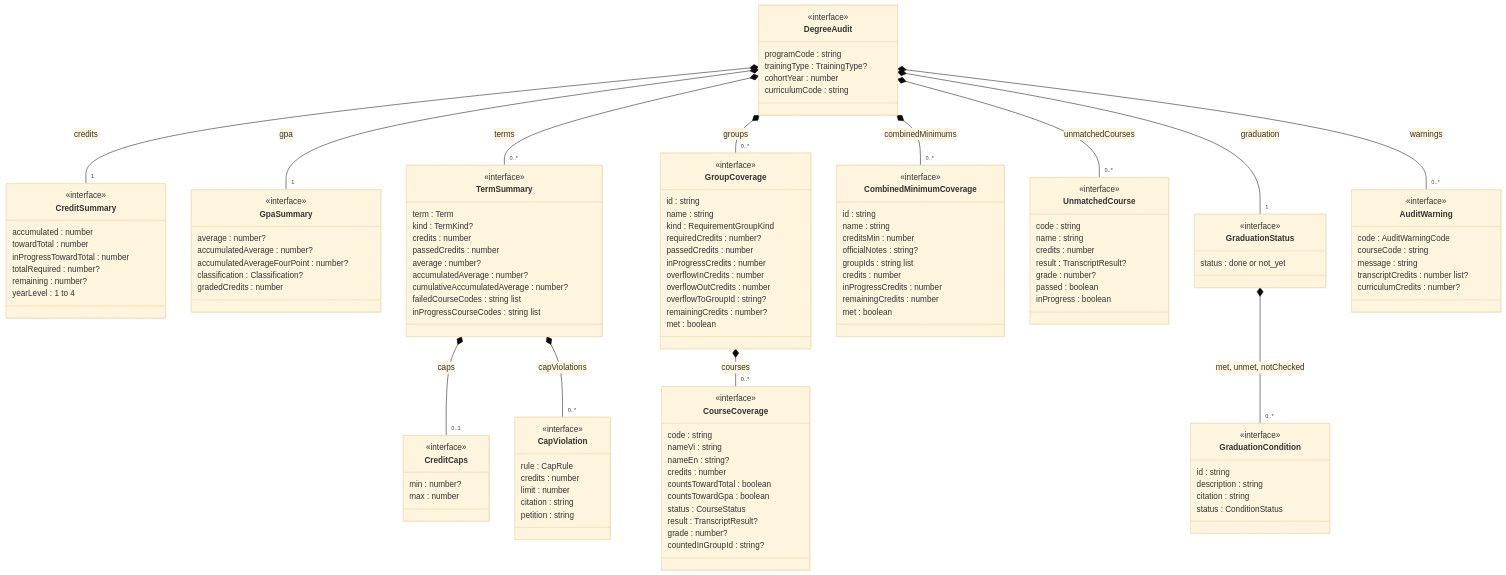
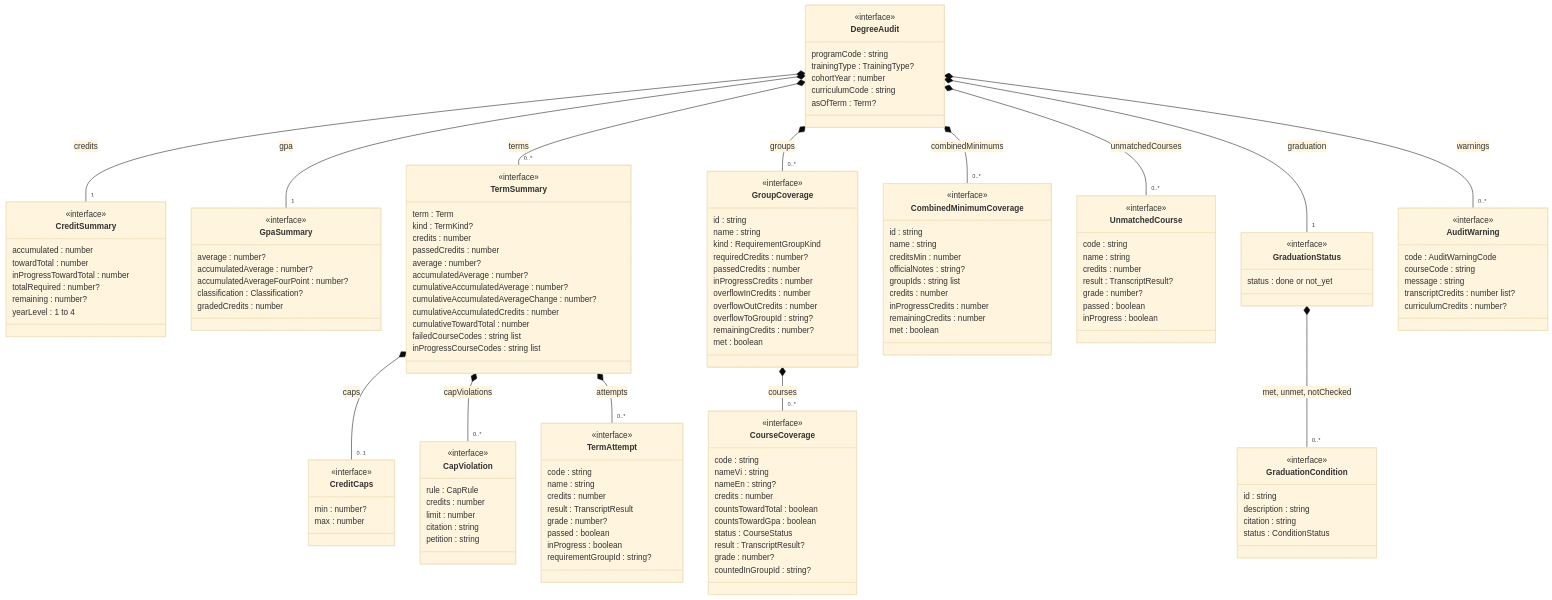
Before and after one commit to LLaammTTeerr/omnicourses: the ninth of 17 diagrams in docs/analysis-and-design/class-model.md, drawn with Mermaid (base theme). The commit also changed other lines of this file and 16 other files, not shown here.

````diff
--- a/docs/analysis-and-design/class-model.md
+++ b/docs/analysis-and-design/class-model.md
@@ -548,6 +548,7 @@
         trainingType : TrainingType?
         cohortYear : number
         curriculumCode : string
+        asOfTerm : Term?
     }
     class CreditSummary {
         <<interface>>
@@ -575,8 +576,22 @@
         average : number?
         accumulatedAverage : number?
         cumulativeAccumulatedAverage : number?
+        cumulativeAccumulatedAverageChange : number?
+        cumulativeAccumulatedCredits : number
+        cumulativeTowardTotal : number
         failedCourseCodes : string list
         inProgressCourseCodes : string list
+    }
+    class TermAttempt {
+        <<interface>>
+        code : string
+        name : string
+        credits : number
+        result : TranscriptResult
+        grade : number?
+        passed : boolean
+        inProgress : boolean
+        requirementGroupId : string?
     }
     class CreditCaps {
         <<interface>>
@@ -670,5 +685,6 @@
     GroupCoverage *-- "0..*" CourseCoverage : courses
     TermSummary *-- "0..1" CreditCaps : caps
     TermSummary *-- "0..*" CapViolation : capViolations
+    TermSummary *-- "0..*" TermAttempt : attempts
     GraduationStatus *-- "0..*" GraduationCondition : met, unmet, notChecked
 ```
````
